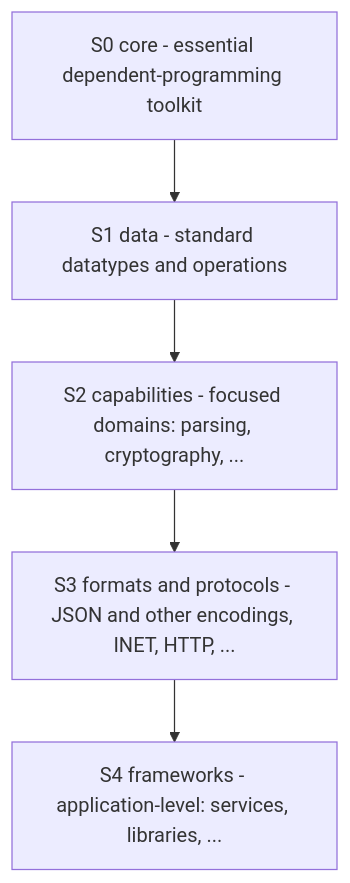
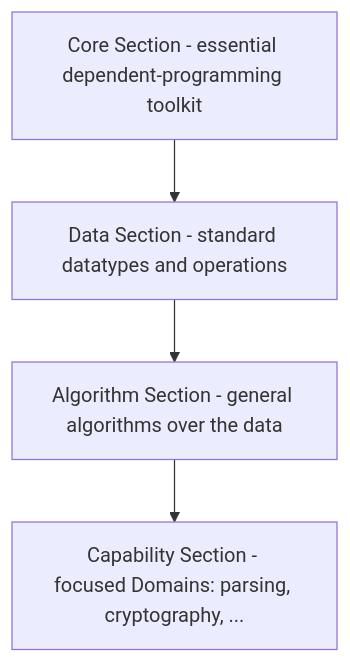
The first of 2 diagrams in docs/program/06-catalog-campaign.md (ken-topos/ken), drawn with Mermaid before and after one commit. The commit also changed other lines of this file and 3 other files, not shown here.

````diff
--- a/docs/program/06-catalog-campaign.md
+++ b/docs/program/06-catalog-campaign.md
@@ -81,7 +87,6 @@
 ```mermaid
 flowchart TB
-  S0[S0 core - essential dependent-programming toolkit] --> S1[S1 data - standard datatypes and operations]
-  S1 --> S2[S2 capabilities - focused domains: parsing, cryptography, ...]
-  S2 --> S3[S3 formats and protocols - JSON and other encodings, INET, HTTP, ...]
-  S3 --> S4[S4 frameworks - application-level: services, libraries, ...]
+  Core[Core Section - essential dependent-programming toolkit] --> Data[Data Section - standard datatypes and operations]
+  Data --> Algorithm[Algorithm Section - general algorithms over the data]
+  Algorithm --> Capability[Capability Section - focused Domains: parsing, cryptography, ...]
 ```
````
